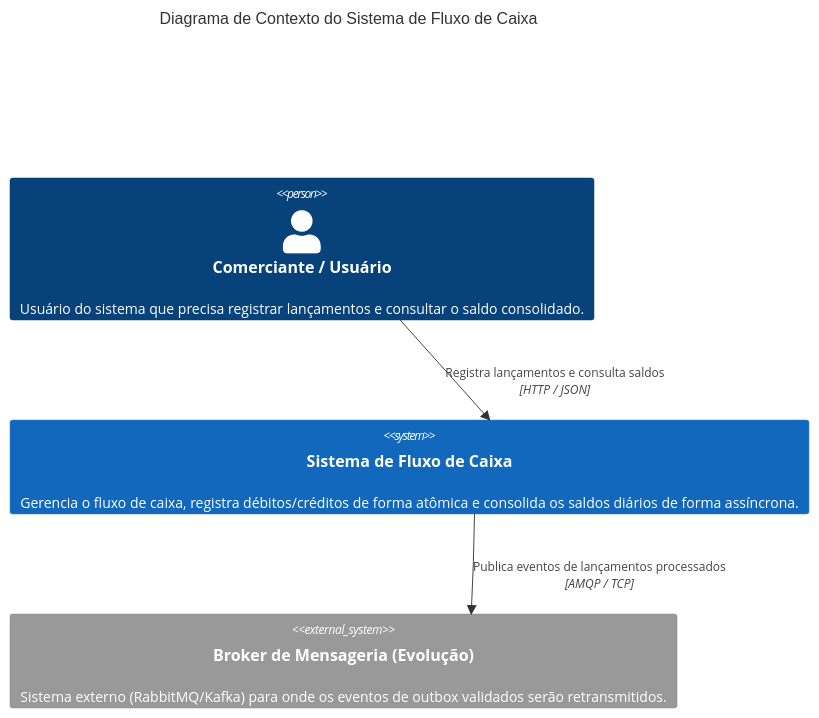
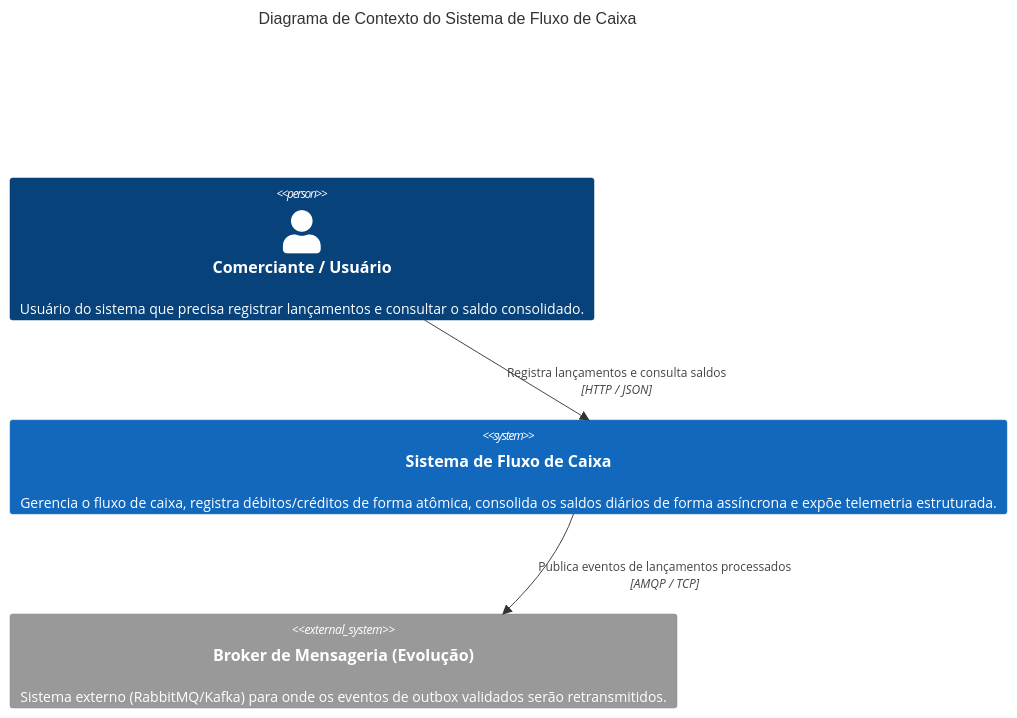
The first of 4 diagrams in Docs/Visão Estrutural (Diagramas) C4.md (fabioss10/CaseFluxoCaixa), drawn with Mermaid before and after one commit. The commit also changed other lines of this file, not shown here.

````diff
--- a/Docs/Visão Estrutural (Diagramas) C4.md
+++ b/Docs/Visão Estrutural (Diagramas) C4.md
@@ -10,11 +10,11 @@
 ```mermaid
 C4Context
     title Diagrama de Contexto do Sistema de Fluxo de Caixa
     
     Person(comerciante, "Comerciante / Usuário", "Usuário do sistema que precisa registrar lançamentos e consultar o saldo consolidado.")
-    System(sistemaFluxo, "Sistema de Fluxo de Caixa", "Gerencia o fluxo de caixa, registra débitos/créditos de forma atômica e consolida os saldos diários de forma assíncrona.")
+    System(sistemaFluxo, "Sistema de Fluxo de Caixa", "Gerencia o fluxo de caixa, registra débitos/créditos de forma atômica, consolida os saldos diários de forma assíncrona e expõe telemetria estruturada.")
     System_Ext(mensageria, "Broker de Mensageria (Evolução)", "Sistema externo (RabbitMQ/Kafka) para onde os eventos de outbox validados serão retransmitidos.")
 
     Rel(comerciante, sistemaFluxo, "Registra lançamentos e consulta saldos", "HTTP / JSON")
     Rel(sistemaFluxo, mensageria, "Publica eventos de lançamentos processados", "AMQP / TCP")
 ```
````
